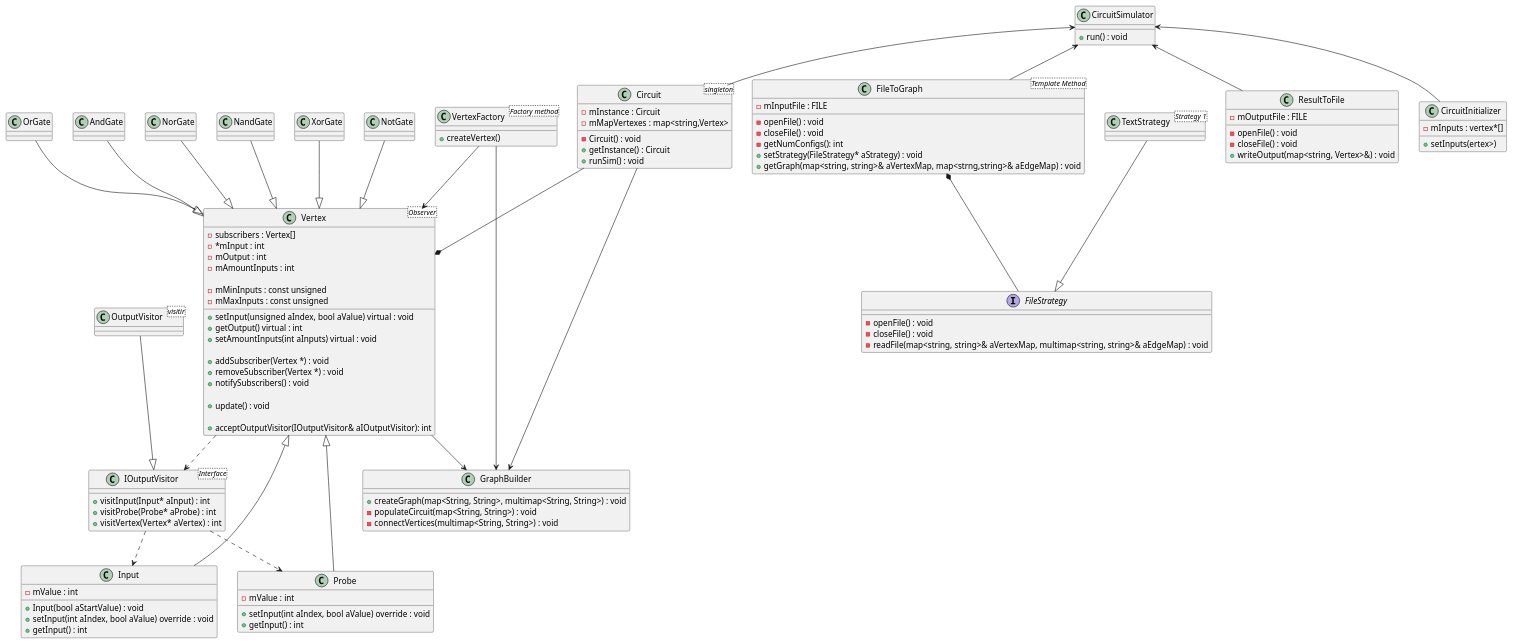
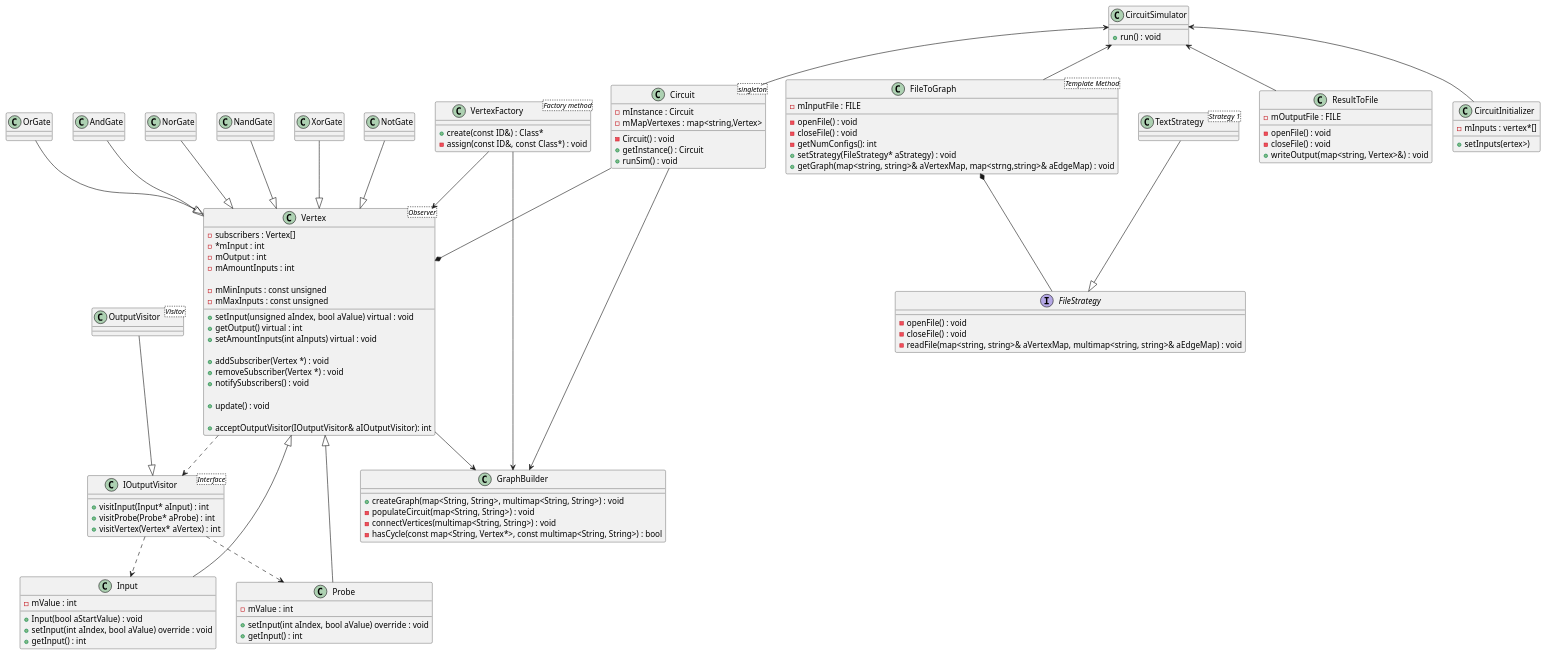
The diagram in diagram/classdiagram.puml (Seger01/DesignPatterns), drawn with PlantUML before and after one commit.

Commit message:
Updated graphbuilder and facotry in class diagram

```diff
--- a/diagram/classdiagram.puml
+++ b/diagram/classdiagram.puml
@@ -1,166 +1,165 @@
 @startuml classdiagram
 
 
 class CircuitSimulator{
     + run() : void
 }
 
 class Circuit <singleton>{
     - mInstance : Circuit
     - mMapVertexes : map<string,Vertex>
     - Circuit() : void
     + getInstance() : Circuit
     + runSim() : void
 }
 
 class FileToGraph <Template Method> {
     - mInputFile : FILE
 
     - openFile() : void
     - closeFile() : void
     - getNumConfigs(): int
     + setStrategy(FileStrategy* aStrategy) : void
     + getGraph(map<string, string>& aVertexMap, map<strng,string>& aEdgeMap) : void 
 
 }
 
 class IOutputVisitor <Interface>{
     + visitInput(Input* aInput) : int
     + visitProbe(Probe* aProbe) : int
     + visitVertex(Vertex* aVertex) : int
 }
 
-class OutputVisitor <visitir>{
+class OutputVisitor <Visitor>{
 
 }
 
 'TODO interface voor verschillende strategies
 'TODO check of hierby dependency injection van toepassing is
 
 interface FileStrategy {
     - openFile() : void
     - closeFile() : void
     - readFile(map<string, string>& aVertexMap, multimap<string, string>& aEdgeMap) : void
 }
 
 class TextStrategy <Strategy 1> {
 }
 
 class ResultToFile {
     - mOutputFile : FILE
 
     - openFile() : void
     - closeFile() : void
     + writeOutput(map<string, Vertex>&) : void
 }
 
 class CircuitInitializer{
     - mInputs : vertex*[]
 
     + setInputs(ertex>)
 }
 
 class OrGate{
 
 }
 
 class AndGate{
 
 }
 
 class NorGate{
 
 }
 
 class NandGate{
 
 }
 
 class XorGate{
 
 }
 
 class NotGate{
 
 }
 
 class Vertex <Observer> {
     + setInput(unsigned aIndex, bool aValue) virtual : void
     + getOutput() virtual : int
     + setAmountInputs(int aInputs) virtual : void
 
     + addSubscriber(Vertex *) : void
     + removeSubscriber(Vertex *) : void
     + notifySubscribers() : void
     
     + update() : void
 
     + acceptOutputVisitor(IOutputVisitor& aIOutputVisitor): int
 
     - subscribers : Vertex[]
     - *mInput : int
     - mOutput : int
     - mAmountInputs : int
 
     - mMinInputs : const unsigned
     - mMaxInputs : const unsigned
 }
 
 class Input {
     - mValue : int
 
     + Input(bool aStartValue) : void
     + setInput(int aIndex, bool aValue) override : void
     + getInput() : int
 }
 
 class Probe {
     - mValue : int
 
     + setInput(int aIndex, bool aValue) override : void
     + getInput() : int
 }
 
 class VertexFactory <Factory method> {
-    + createVertex()
+    + create(const ID&) : Class*
+    - assign(const ID&, const Class*) : void
 }
 
 class GraphBuilder {
-    ' The createGraph function takes a multimap of two strings, where the first string is the name of a vertex and the seconds string is the type, so for example <"gate1","OR">. It uses these to fill the map in Circuit with <"nameOfVertex",Vertex>
-    ' It also takes a multimap of strings, where the first string is the output of one vertex and the second string is the input of another vertex which should be connected. It is a multimap because the IDs are not unique.
     + createGraph(map<String, String>, multimap<String, String>) : void
-    ' The populateCircuit function fills the map in Circuit, by inserting the names of the vertices and then creating the Vertex using the factory and also inserting that into the Circuit map
     - populateCircuit(map<String, String>) : void
     - connectVertices(multimap<String, String>) : void
+    - hasCycle(const map<String, Vertex*>, const multimap<String, String>) : bool
 }
 
 VertexFactory --> GraphBuilder
 Vertex --> GraphBuilder
 Circuit --> GraphBuilder
 Circuit --* Vertex
 VertexFactory --> Vertex
 
 OutputVisitor --|> IOutputVisitor
 Vertex ..> IOutputVisitor
 IOutputVisitor ..> Probe
 IOutputVisitor ..> Input
 
 FileToGraph *-- FileStrategy
 TextStrategy --|> FileStrategy
 
 CircuitSimulator <-- FileToGraph
 CircuitSimulator <-- ResultToFile
 CircuitSimulator <-- Circuit
 CircuitSimulator <-- CircuitInitializer
 
 OrGate --|> Vertex
 NorGate --|> Vertex
 AndGate --|> Vertex
 NandGate --|> Vertex
 XorGate --|> Vertex
 NotGate --|> Vertex
 
 Input --|> Vertex
 Probe --|> Vertex
 
 @enduml
```
